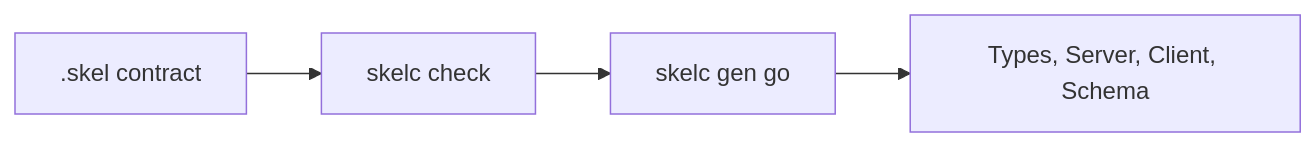
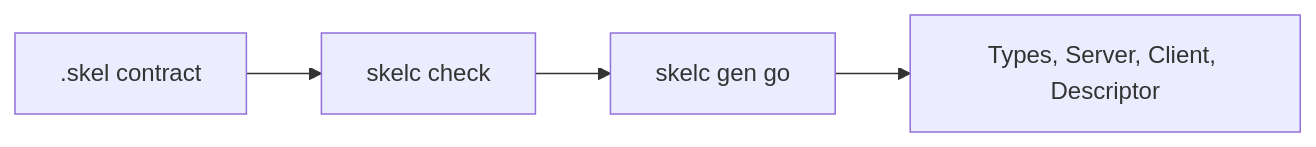
The diagram in docs/getting-started/first-contract.md (yorun-ai/vine-site), drawn with Mermaid before and after one commit. The commit also changed other lines of this file and 20 other files, not shown here.

````diff
--- a/docs/getting-started/first-contract.md
+++ b/docs/getting-started/first-contract.md
@@ -112,4 +112,4 @@
 ```mermaid
 flowchart LR
-  Skel[".skel contract"] --> Check["skelc check"] --> Generate["skelc gen go"] --> Code["Types, Server, Client, Schema"]
+  Skel[".skel contract"] --> Check["skelc check"] --> Generate["skelc gen go"] --> Code["Types, Server, Client, Descriptor"]
 ```
````
